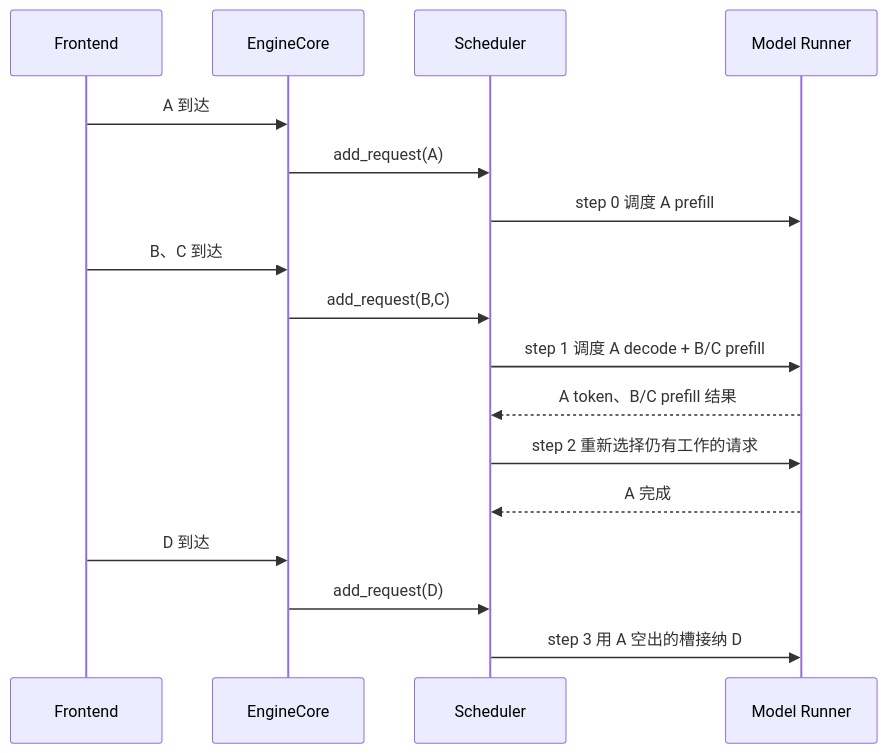
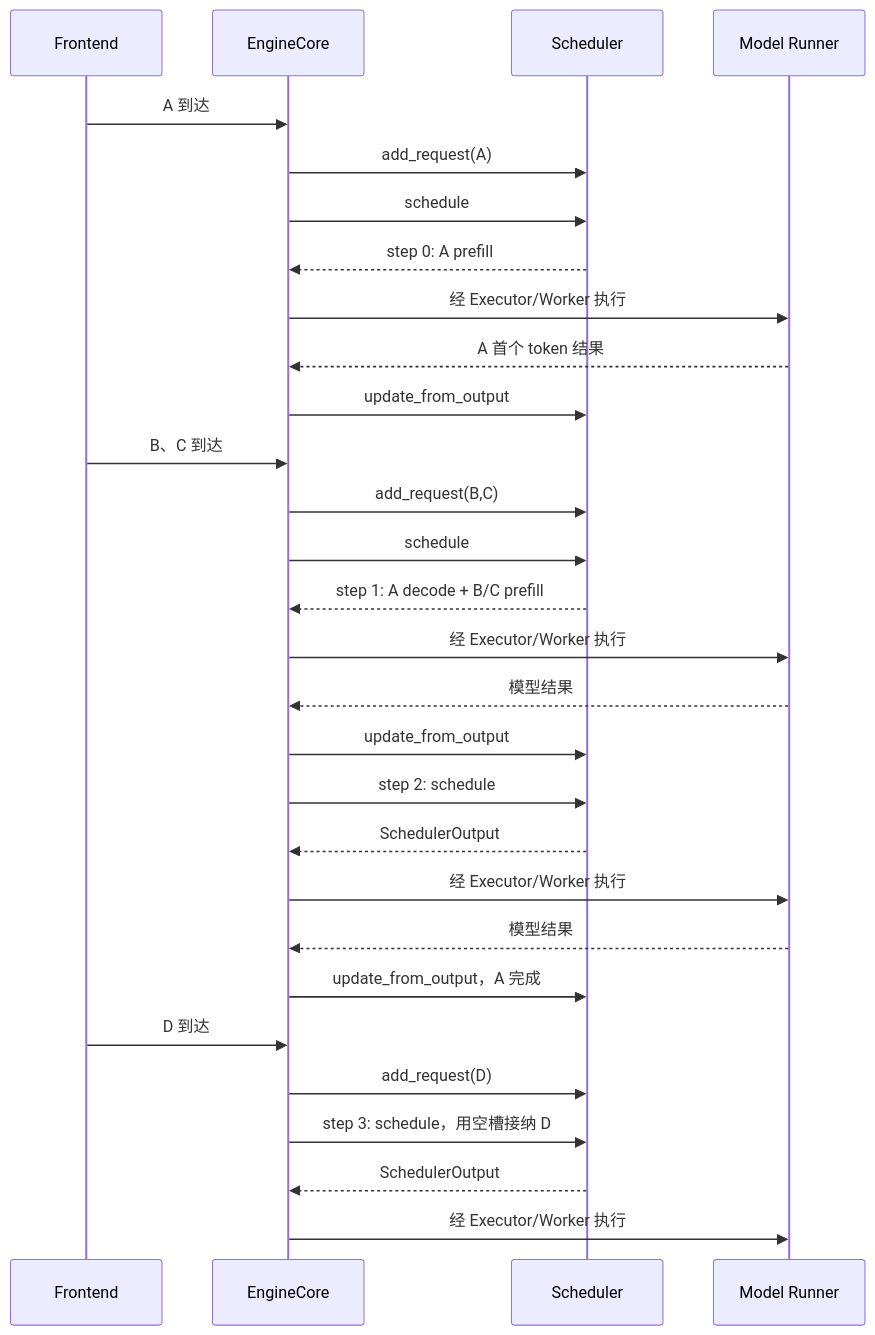
The second of 26 diagrams in book/04-scheduler/README.md (cluster1900/vllm_reader), drawn with Mermaid before and after one commit. The commit also changed other lines of this file and 38 other files, not shown here.

````diff
--- a/book/04-scheduler/README.md
+++ b/book/04-scheduler/README.md
@@ -129,19 +141,31 @@
 ```mermaid
 sequenceDiagram
     participant F as Frontend
     participant E as EngineCore
     participant S as Scheduler
     participant M as Model Runner
     F->>E: A 到达
     E->>S: add_request(A)
-    S->>M: step 0 调度 A prefill
+    E->>S: schedule
+    S-->>E: step 0: A prefill
+    E->>M: 经 Executor/Worker 执行
+    M-->>E: A 首个 token 结果
+    E->>S: update_from_output
     F->>E: B、C 到达
     E->>S: add_request(B,C)
-    S->>M: step 1 调度 A decode + B/C prefill
-    M-->>S: A token、B/C prefill 结果
-    S->>M: step 2 重新选择仍有工作的请求
-    M-->>S: A 完成
+    E->>S: schedule
+    S-->>E: step 1: A decode + B/C prefill
+    E->>M: 经 Executor/Worker 执行
+    M-->>E: 模型结果
+    E->>S: update_from_output
+    E->>S: step 2: schedule
+    S-->>E: SchedulerOutput
+    E->>M: 经 Executor/Worker 执行
+    M-->>E: 模型结果
+    E->>S: update_from_output，A 完成
     F->>E: D 到达
     E->>S: add_request(D)
-    S->>M: step 3 用 A 空出的槽接纳 D
+    E->>S: step 3: schedule，用空槽接纳 D
+    S-->>E: SchedulerOutput
+    E->>M: 经 Executor/Worker 执行
 ```
````
